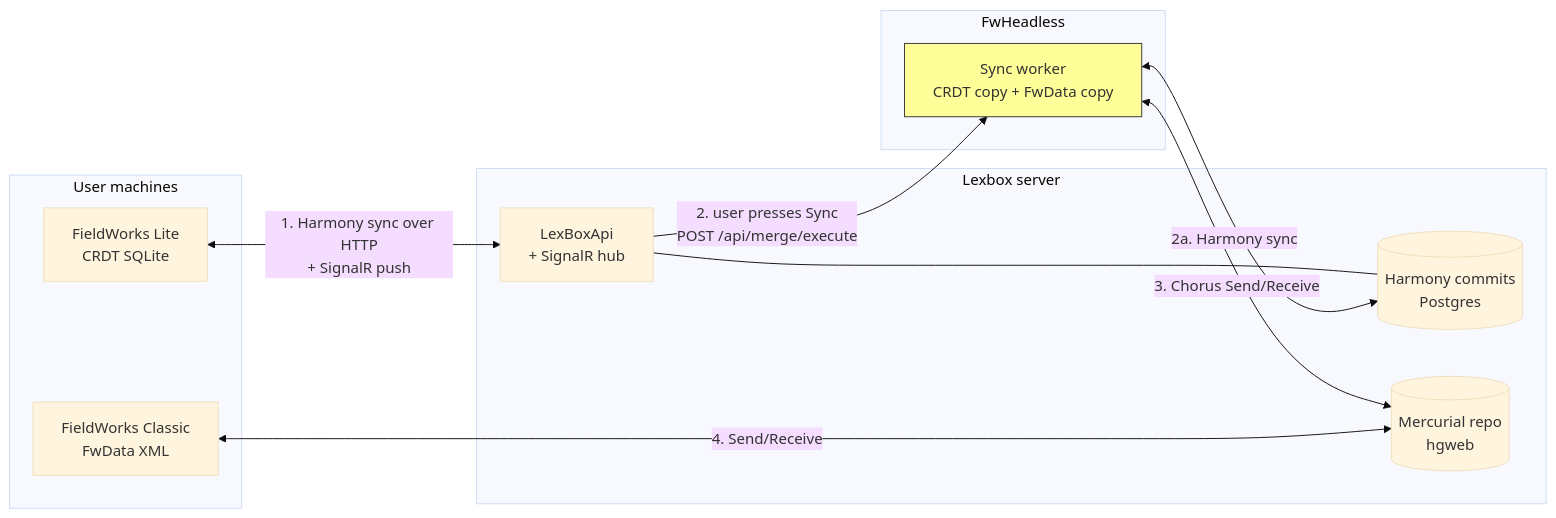
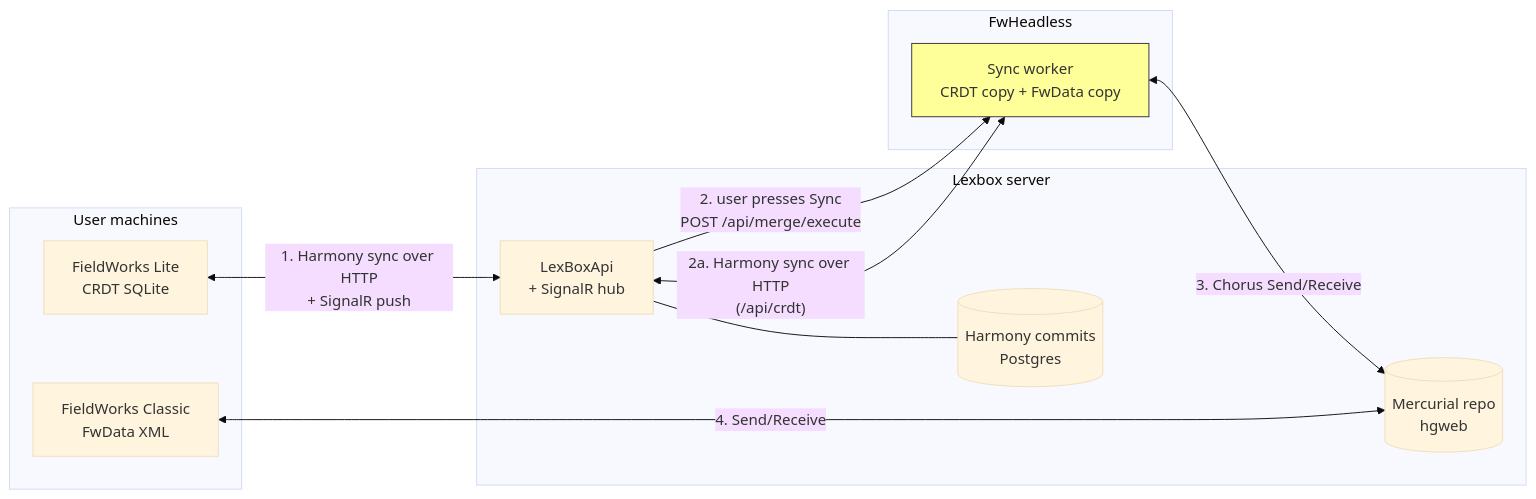
One commit to myieye/languageforge-lexbox changed the diagram in docs/technical/sync/index.md. Above: the diagram before and after it, drawn with Mermaid (base theme). The commit also changed 3 other files, not shown here.

````diff
--- a/docs/technical/sync/index.md
+++ b/docs/technical/sync/index.md
@@ -12,26 +12,26 @@
 ```mermaid
 flowchart LR
     subgraph USER[User machines]
         LITE[FieldWorks Lite<br/>CRDT SQLite]
         FLEX[FieldWorks Classic<br/>FwData XML]
     end
 
     subgraph LEXBOX[Lexbox server]
         HARMONY[(Harmony commits<br/>Postgres)]
         HG[(Mercurial repo<br/>hgweb)]
         API[LexBoxApi<br/>+ SignalR hub]
     end
 
     subgraph HEADLESS[FwHeadless]
         WORKER[Sync worker<br/>CRDT copy + FwData copy]
     end
 
     LITE <-- "1. Harmony sync over HTTP<br/>+ SignalR push" --> API
     API --- HARMONY
     API -- "2. user presses Sync<br/>POST /api/merge/execute" --> WORKER
-    WORKER <-- "2a. Harmony sync" --> HARMONY
+    WORKER <-- "2a. Harmony sync over HTTP<br/>(/api/crdt)" --> API
     WORKER <-- "3. Chorus Send/Receive" --> HG
     FLEX <-- "4. Send/Receive" --> HG
 
     style WORKER fill:#ff9,stroke:#333
 ```
````
